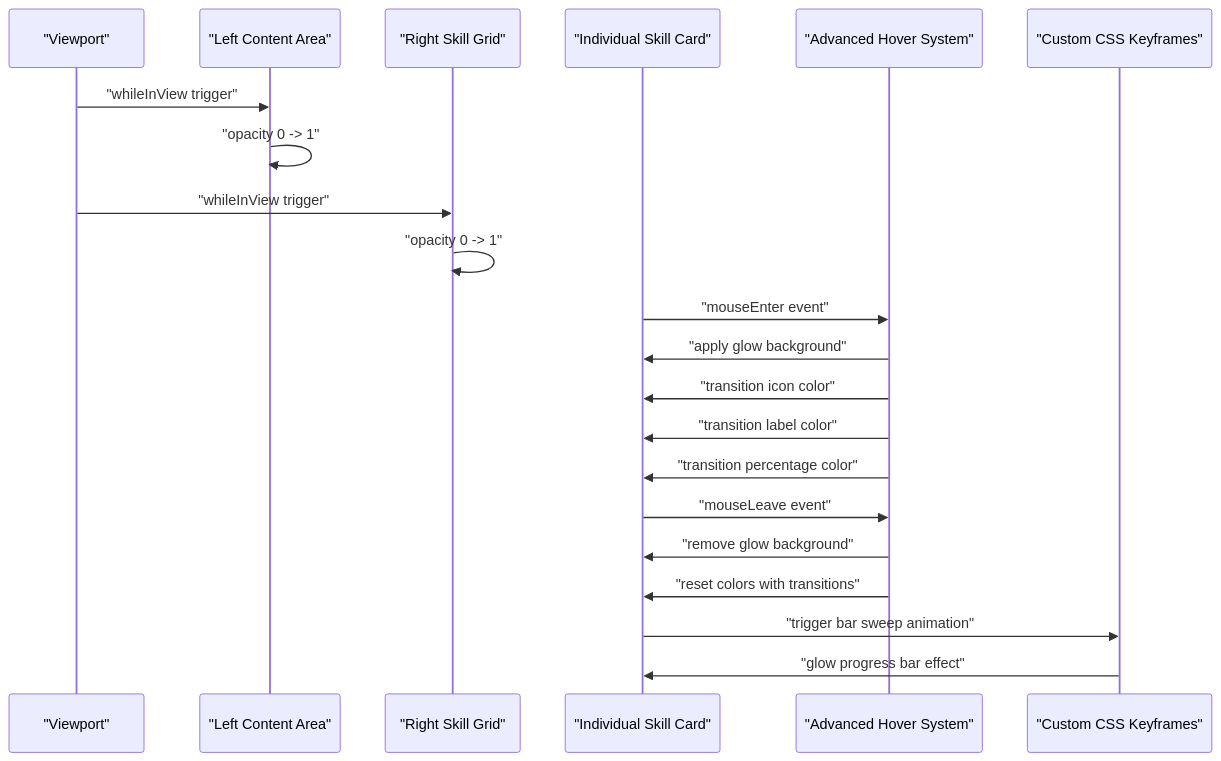
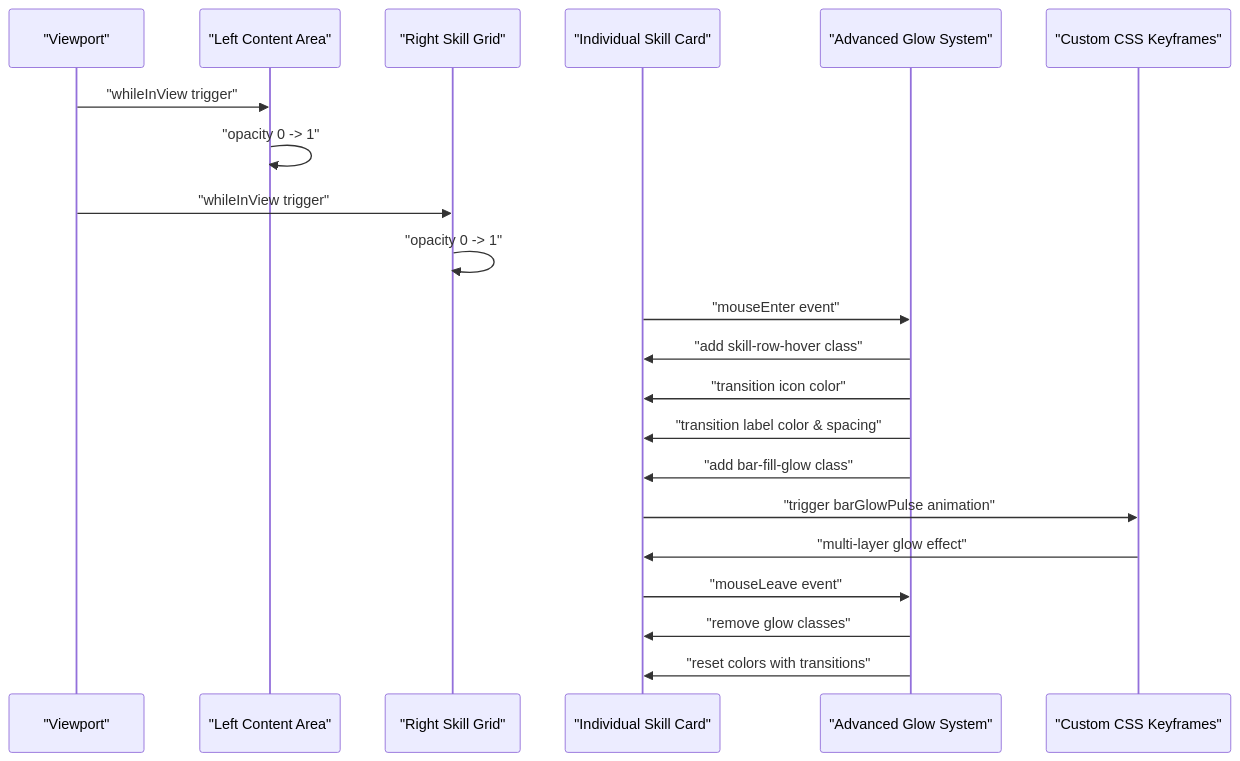
The third of 4 diagrams in .qoder/repowiki/en/content/Component Library & UI Elements/BentoSection Component.md (subash7781/Portfolio), drawn with Mermaid before and after one commit. The commit also changed other lines of this file and 9 other files, not shown here.

````diff
--- a/.qoder/repowiki/en/content/Component Library & UI Elements/BentoSection Component.md
+++ b/.qoder/repowiki/en/content/Component Library & UI Elements/BentoSection Component.md
@@ -193,23 +215,23 @@
 ```mermaid
 sequenceDiagram
 participant Viewport as "Viewport"
 participant LeftCard as "Left Content Area"
 participant RightCard as "Right Skill Grid"
 participant SkillCard as "Individual Skill Card"
-participant HoverSystem as "Advanced Hover System"
+participant GlowSystem as "Advanced Glow System"
 participant Keyframes as "Custom CSS Keyframes"
 Viewport->>LeftCard : "whileInView trigger"
 LeftCard->>LeftCard : "opacity 0 -> 1"
 Viewport->>RightCard : "whileInView trigger"
 RightCard->>RightCard : "opacity 0 -> 1"
-SkillCard->>HoverSystem : "mouseEnter event"
-HoverSystem->>SkillCard : "apply glow background"
-HoverSystem->>SkillCard : "transition icon color"
-HoverSystem->>SkillCard : "transition label color"
-HoverSystem->>SkillCard : "transition percentage color"
-SkillCard->>HoverSystem : "mouseLeave event"
-HoverSystem->>SkillCard : "remove glow background"
-HoverSystem->>SkillCard : "reset colors with transitions"
-SkillCard->>Keyframes : "trigger bar sweep animation"
-Keyframes->>SkillCard : "glow progress bar effect"
+SkillCard->>GlowSystem : "mouseEnter event"
+GlowSystem->>SkillCard : "add skill-row-hover class"
+GlowSystem->>SkillCard : "transition icon color"
+GlowSystem->>SkillCard : "transition label color & spacing"
+GlowSystem->>SkillCard : "add bar-fill-glow class"
+SkillCard->>Keyframes : "trigger barGlowPulse animation"
+Keyframes->>SkillCard : "multi-layer glow effect"
+SkillCard->>GlowSystem : "mouseLeave event"
+GlowSystem->>SkillCard : "remove glow classes"
+GlowSystem->>SkillCard : "reset colors with transitions"
 ```
````
